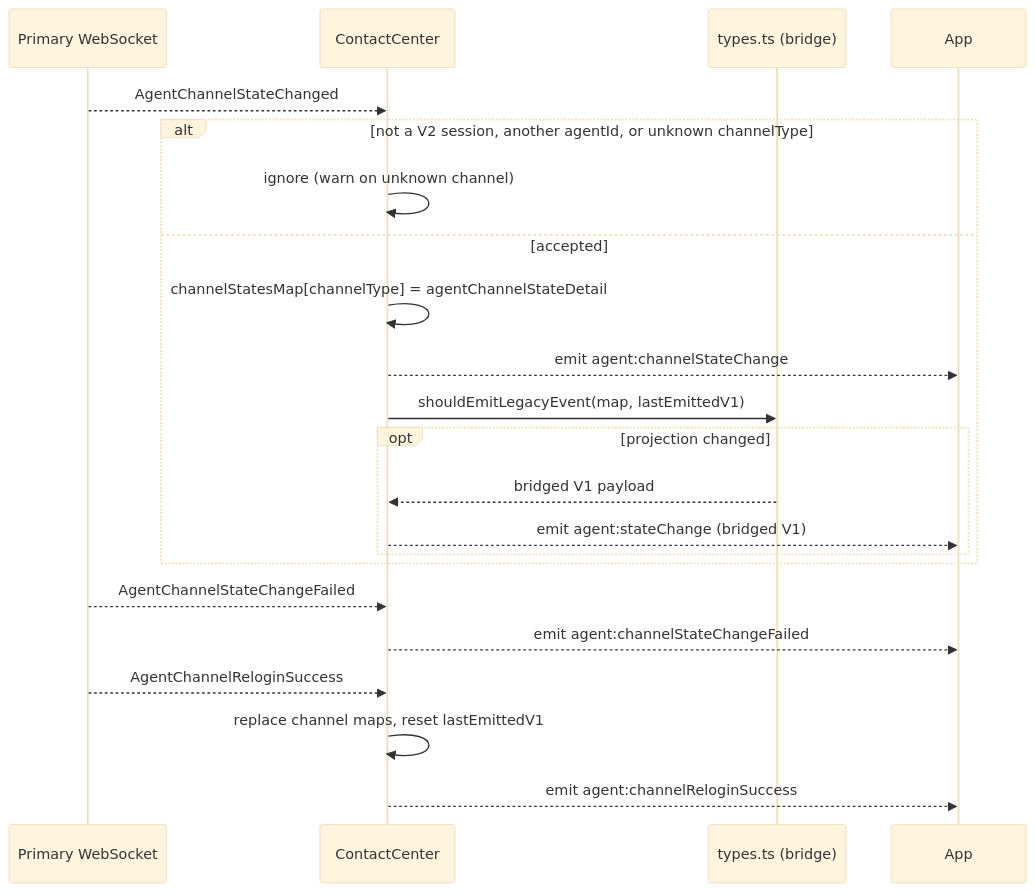
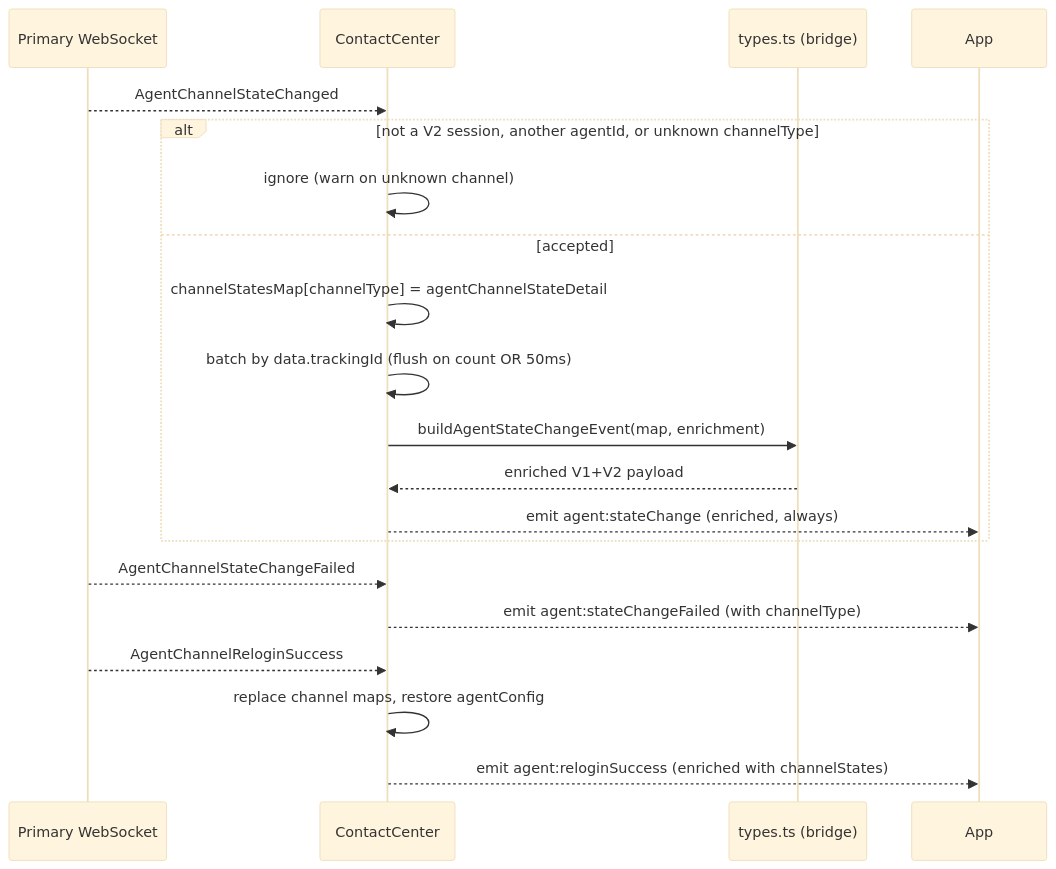
Before and after one commit to webex/webex-js-sdk: the sixth of 10 diagrams in packages/@webex/contact-center/src/docs/README.md, drawn with Mermaid (base theme). The commit also changed other lines of this file and 9 other files, not shown here.

First line of the commit message:
feat(contact-center): unified SDK event surface for granular agent state (WXCC-15791)

````diff
--- a/packages/@webex/contact-center/src/docs/README.md
+++ b/packages/@webex/contact-center/src/docs/README.md
@@ -456,24 +456,22 @@
 ```mermaid
 sequenceDiagram
   participant WS as Primary WebSocket
   participant CC as ContactCenter
   participant Agg as types.ts (bridge)
   participant App
   WS-->>CC: AgentChannelStateChanged
   alt not a V2 session, another agentId, or unknown channelType
     CC->>CC: ignore (warn on unknown channel)
   else accepted
     CC->>CC: channelStatesMap[channelType] = agentChannelStateDetail
-    CC-->>App: emit agent:channelStateChange
-    CC->>Agg: shouldEmitLegacyEvent(map, lastEmittedV1)
-    opt projection changed
-      Agg-->>CC: bridged V1 payload
-      CC-->>App: emit agent:stateChange (bridged V1)
-    end
+    CC->>CC: batch by data.trackingId (flush on count OR 50ms)
+    CC->>Agg: buildAgentStateChangeEvent(map, enrichment)
+    Agg-->>CC: enriched V1+V2 payload
+    CC-->>App: emit agent:stateChange (enriched, always)
   end
   WS-->>CC: AgentChannelStateChangeFailed
-  CC-->>App: emit agent:channelStateChangeFailed
+  CC-->>App: emit agent:stateChangeFailed (with channelType)
   WS-->>CC: AgentChannelReloginSuccess
-  CC->>CC: replace channel maps, reset lastEmittedV1
-  CC-->>App: emit agent:channelReloginSuccess
+  CC->>CC: replace channel maps, restore agentConfig
+  CC-->>App: emit agent:reloginSuccess (enriched with channelStates)
 ```
````
